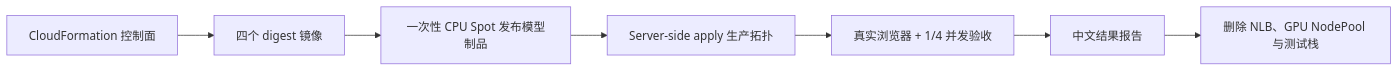
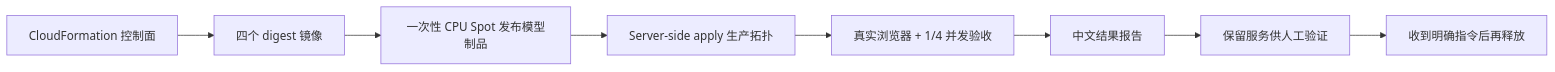
The diagram in docs/superpowers/specs/2026-08-04-minwm-runtime-transport-latency-optimization-design.md (seedleap/sglang), drawn with Mermaid before and after one commit. The commit also changed other lines of this file and 75 other files, not shown here.

````diff
--- a/docs/superpowers/specs/2026-08-04-minwm-runtime-transport-latency-optimization-design.md
+++ b/docs/superpowers/specs/2026-08-04-minwm-runtime-transport-latency-optimization-design.md
@@ -173,9 +192,10 @@
 ```mermaid
 flowchart LR
     Cfn["CloudFormation 控制面"] --> Images["四个 digest 镜像"]
     Images --> Artifact["一次性 CPU Spot 发布模型制品"]
     Artifact --> Apply["Server-side apply 生产拓扑"]
     Apply --> Probe["真实浏览器 + 1/4 并发验收"]
     Probe --> Report["中文结果报告"]
-    Report --> Cleanup["删除 NLB、GPU NodePool 与测试栈"]
+    Report --> Hold["保留服务供人工验证"]
+    Hold --> Cleanup["收到明确指令后再释放"]
 ```
````
